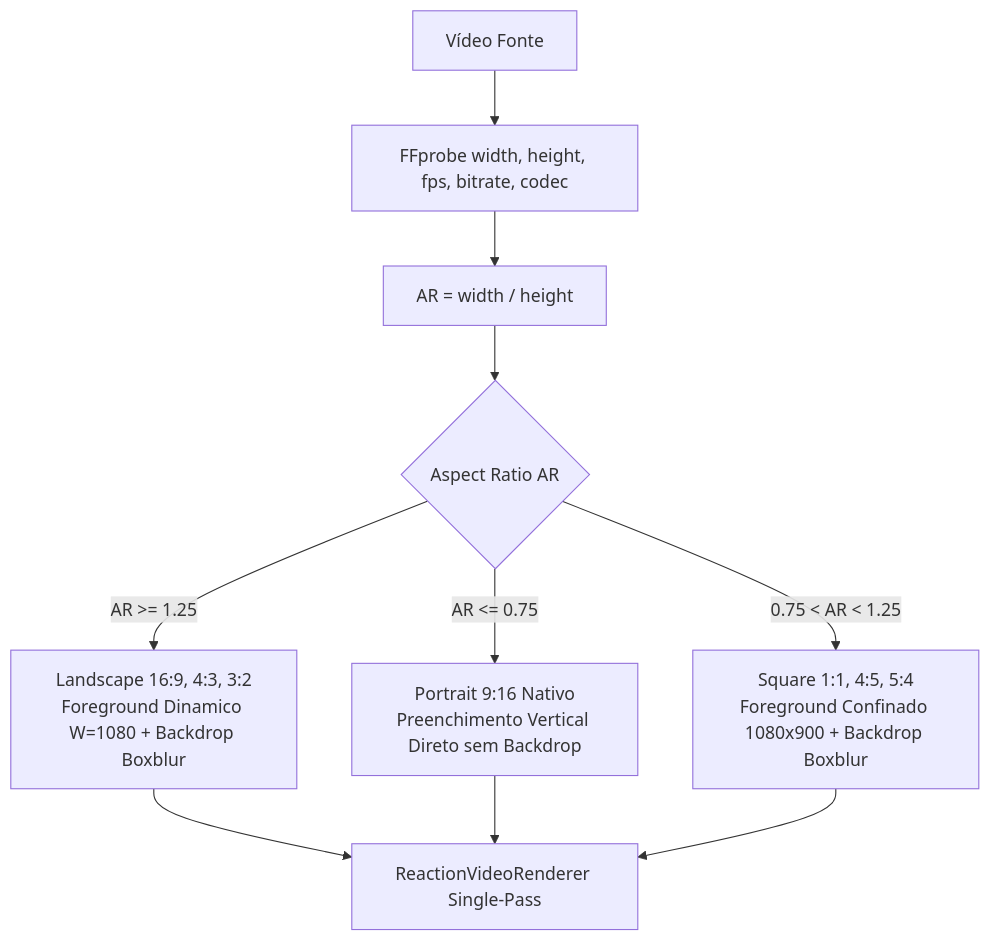
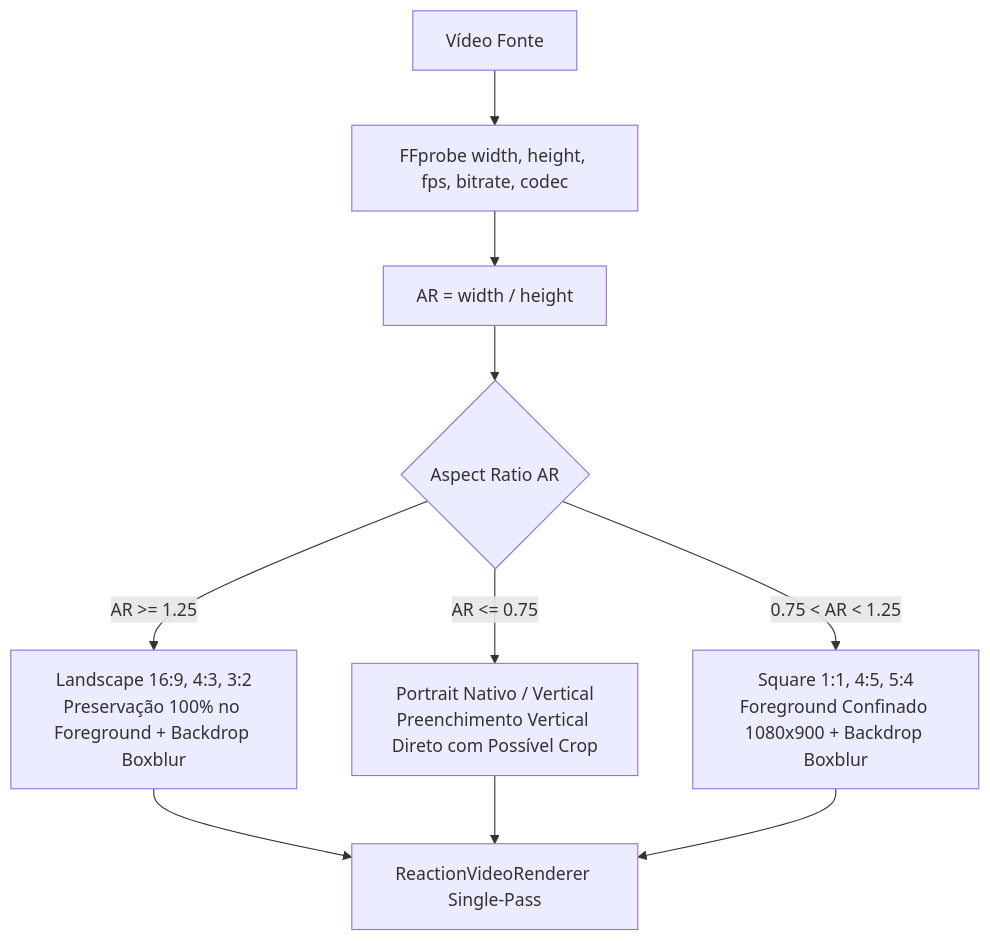
The diagram in .planning/phases/13.2-cinematic-backdrop-and-subtitle-stage-composition/13.2-RESEARCH.md (moaaskt/viralpanel), drawn with Mermaid before and after one commit. The commit also changed other lines of this file and 3 other files, not shown here.

````diff
--- a/.planning/phases/13.2-cinematic-backdrop-and-subtitle-stage-composition/13.2-RESEARCH.md
+++ b/.planning/phases/13.2-cinematic-backdrop-and-subtitle-stage-composition/13.2-RESEARCH.md
@@ -114,12 +169,12 @@
 ```mermaid
 flowchart TD
     In[Vídeo Fonte] --> Probe[FFprobe width, height, fps, bitrate, codec]
     Probe --> Calc[AR = width / height]
     Calc --> Cond{Aspect Ratio AR}
-    Cond -->|AR >= 1.25| Land[Landscape 16:9, 4:3, 3:2<br/>Foreground Dinamico W=1080 + Backdrop Boxblur]
-    Cond -->|AR <= 0.75| Port[Portrait 9:16 Nativo<br/>Preenchimento Vertical Direto sem Backdrop]
+    Cond -->|AR >= 1.25| Land[Landscape 16:9, 4:3, 3:2<br/>Preservação 100% no Foreground + Backdrop Boxblur]
+    Cond -->|AR <= 0.75| Port[Portrait Nativo / Vertical<br/>Preenchimento Vertical Direto com Possível Crop]
     Cond -->|0.75 < AR < 1.25| Square[Square 1:1, 4:5, 5:4<br/>Foreground Confinado 1080x900 + Backdrop Boxblur]
     Land --> Comp[ReactionVideoRenderer Single-Pass]
     Port --> Comp
     Square --> Comp
 ```
````
